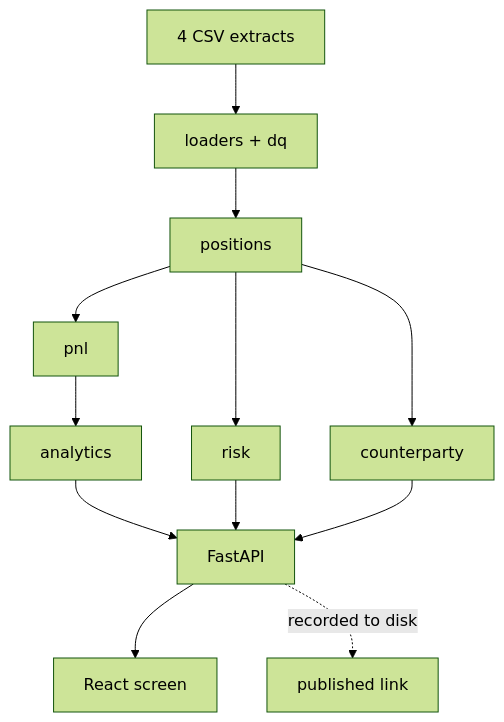
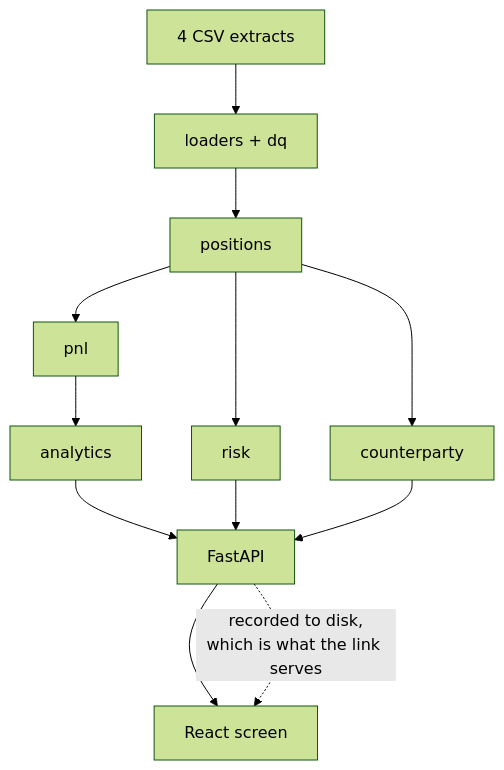
The first of 2 diagrams in README.md (akaloic/risk-pnl-dashboard), drawn with Mermaid (forest theme) before and after one commit. The commit also changed other lines of this file, not shown here.

````diff
--- a/README.md
+++ b/README.md
@@ -21,9 +21,9 @@
 ```mermaid
 flowchart TD
   CSV["4 CSV extracts"] --> ingest["loaders + dq"] --> positions
   positions --> pnl --> analytics --> api["FastAPI"]
   positions --> risk --> api
   positions --> counterparty --> api
   api --> ui["React screen"]
-  api -. "recorded to disk" .-> pages["published link"]
+  api -. "recorded to disk,<br/>which is what the link serves" .-> ui
 ```
````
